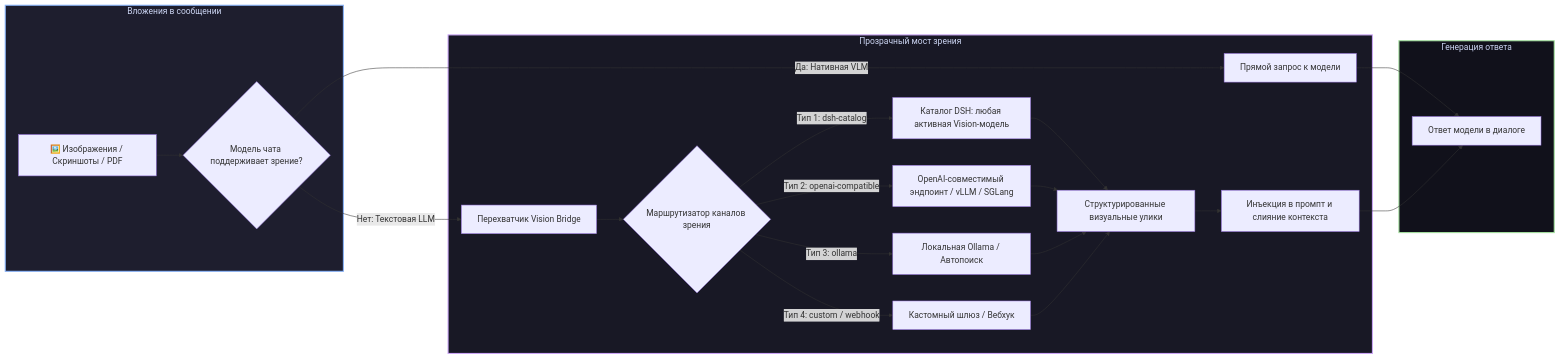
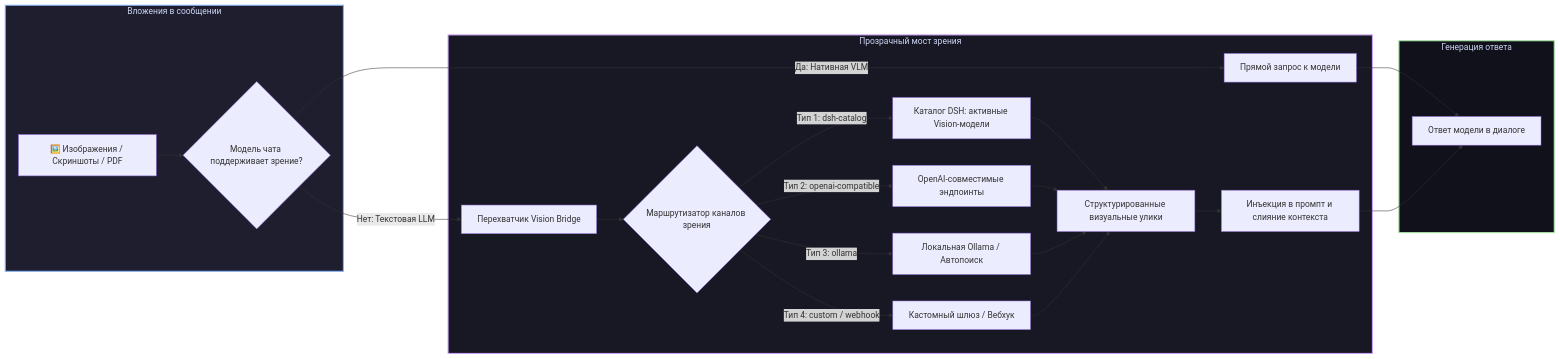
Before and after one commit to GooDAnDReaDY/dsh-vision-bridge: the diagram in README.ru.md, drawn with Mermaid. The commit also changed other lines of this file and 2 other files, not shown here.

Commit message:
docs: remove specific model names from dsh-vision-bridge and describe architecture dynamically

````diff
--- a/README.ru.md
+++ b/README.ru.md
@@ -32,30 +32,30 @@
 ```mermaid
 graph LR
     subgraph Input [Вложения в сообщении]
         Attach[🖼️ Изображения / Скриншоты / PDF] --> Check{Модель чата поддерживает зрение?}
     end
 
     subgraph Transparent [Прозрачный мост зрения]
         Check -->|Да: Нативная VLM| Pass[Прямой запрос к модели]
         Check -->|Нет: Текстовая LLM| Interceptor[Перехватчик Vision Bridge]
         Interceptor --> VisionRouter{Маршрутизатор каналов зрения}
-        VisionRouter -->|Тип 1: dsh-catalog| C1[Каталог DSH: любая активная Vision-модель]
-        VisionRouter -->|Тип 2: openai-compatible| C2[OpenAI-совместимый эндпоинт / vLLM / SGLang]
+        VisionRouter -->|Тип 1: dsh-catalog| C1[Каталог DSH: активные Vision-модели]
+        VisionRouter -->|Тип 2: openai-compatible| C2[OpenAI-совместимые эндпоинты]
         VisionRouter -->|Тип 3: ollama| C3[Локальная Ollama / Автопоиск]
         VisionRouter -->|Тип 4: custom / webhook| C4[Кастомный шлюз / Вебхук]
         C1 --> Structured[Структурированные визуальные улики]
         C2 --> Structured
         C3 --> Structured
         C4 --> Structured
         Structured --> Fuse[Инъекция в промпт и слияние контекста]
     end
 
     subgraph Execution [Генерация ответа]
         Pass --> LLM[Ответ модели в диалоге]
         Fuse --> LLM
     end
 
     style Input fill:#1e1e2e,stroke:#89b4fa,stroke-width:2px,color:#cdd6f4
     style Transparent fill:#181825,stroke:#cba6f7,stroke-width:2px,color:#cdd6f4
     style Execution fill:#11111b,stroke:#a6e3a1,stroke-width:2px,color:#cdd6f4
 ```
````
